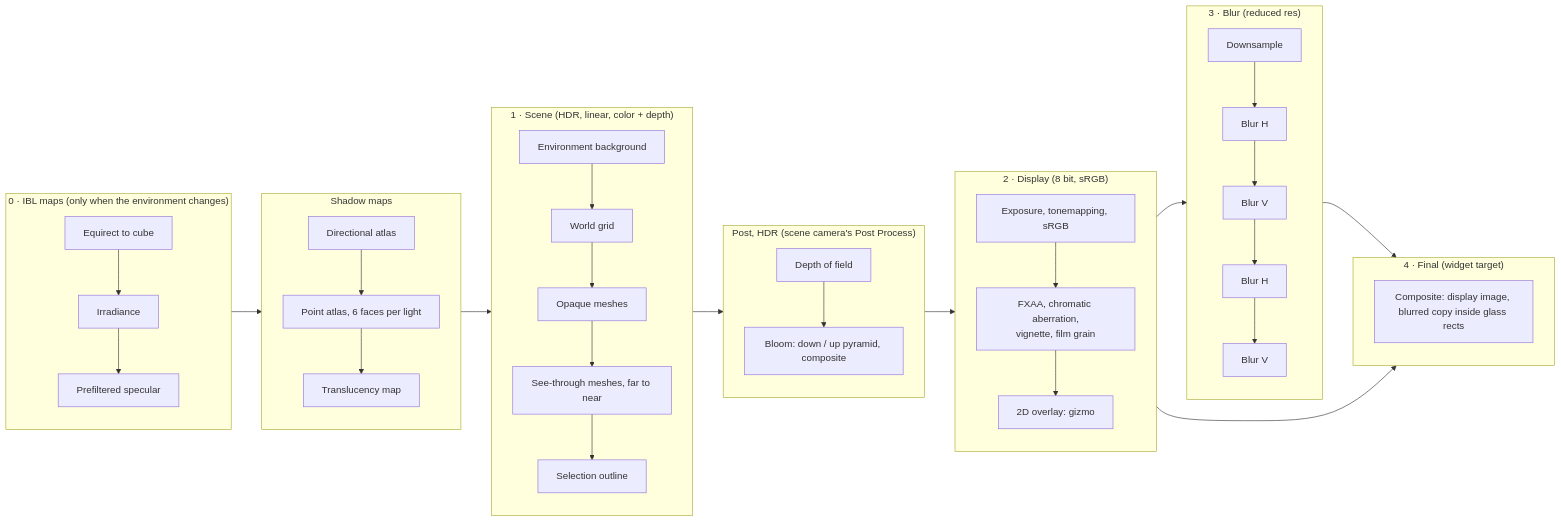
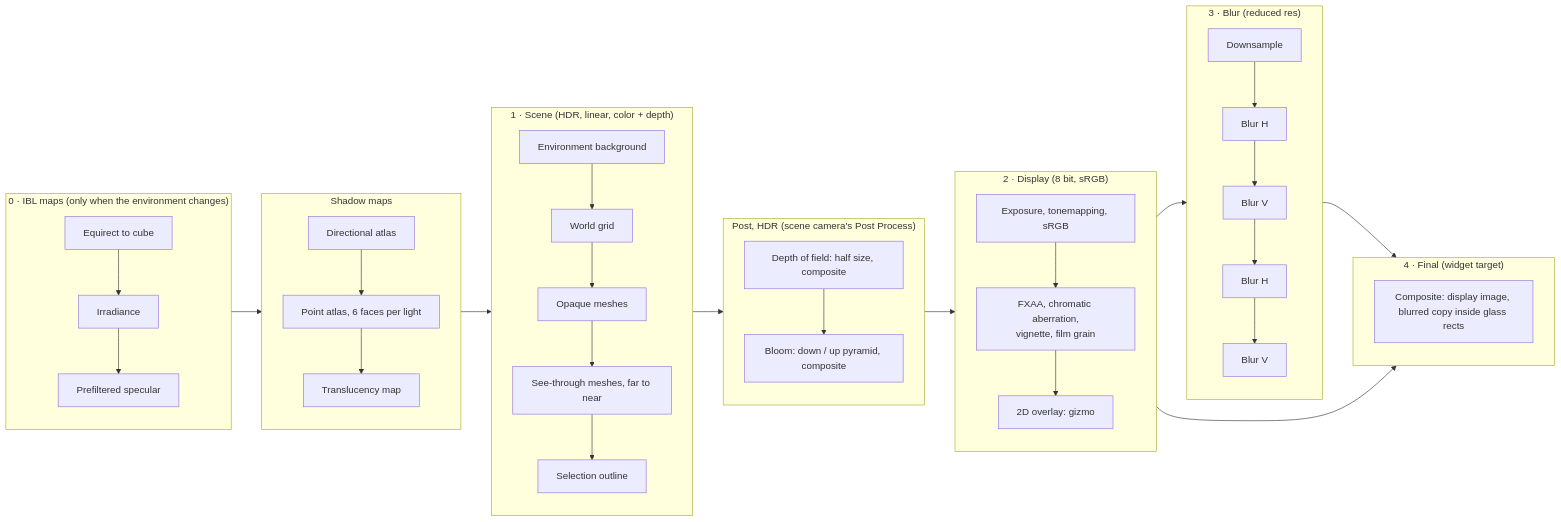
The diagram in docs/rendering.md (Dnurr/Lune), drawn with Mermaid before and after one commit. The commit also changed other lines of this file and 9 other files, not shown here.

First line of the commit message:
Depth of field at half size; renders from the command line

````diff
--- a/docs/rendering.md
+++ b/docs/rendering.md
@@ -18,26 +18,26 @@
 ```mermaid
 flowchart LR
     subgraph P0["0 &middot; IBL maps (only when the environment changes)"]
         conv[Equirect to cube] --> irr[Irradiance] --> pre[Prefiltered specular]
     end
     subgraph PS["Shadow maps"]
         sdir[Directional atlas] --> spoint[Point atlas, 6 faces per light] --> strans[Translucency map]
     end
     subgraph P1["1 &middot; Scene (HDR, linear, color + depth)"]
         bg[Environment background] --> grid[World grid] --> meshes[Opaque meshes] --> blend[See-through meshes, far to near] --> outline[Selection outline]
     end
     subgraph PP["Post, HDR (scene camera's Post Process)"]
-        dof[Depth of field] --> bloom[Bloom: down / up pyramid, composite]
+        dof[Depth of field: half size, composite] --> bloom[Bloom: down / up pyramid, composite]
     end
     subgraph P2["2 &middot; Display (8 bit, sRGB)"]
         disp[Exposure, tonemapping, sRGB] --> lpost[FXAA, chromatic aberration,<br/>vignette, film grain] --> overlay[2D overlay: gizmo]
     end
     subgraph P3["3 &middot; Blur (reduced res)"]
         down[Downsample] --> h1[Blur H] --> v1[Blur V] --> h2[Blur H] --> v2[Blur V]
     end
     subgraph P4["4 &middot; Final (widget target)"]
         comp[Composite: display image, blurred copy inside glass rects]
     end
     P0 --> PS --> P1 --> PP --> P2 --> P3 --> P4
     P2 --> P4
 ```
````
